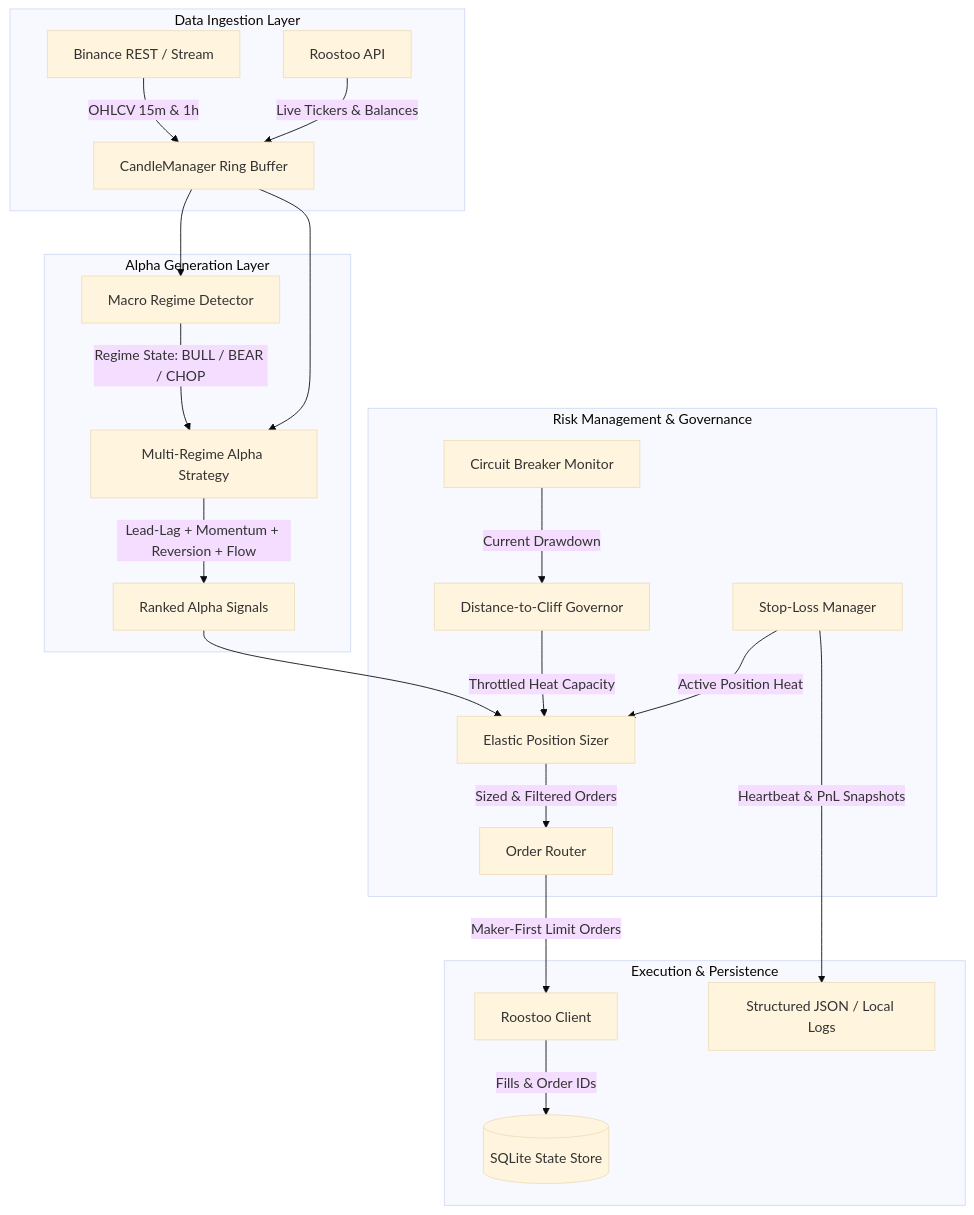
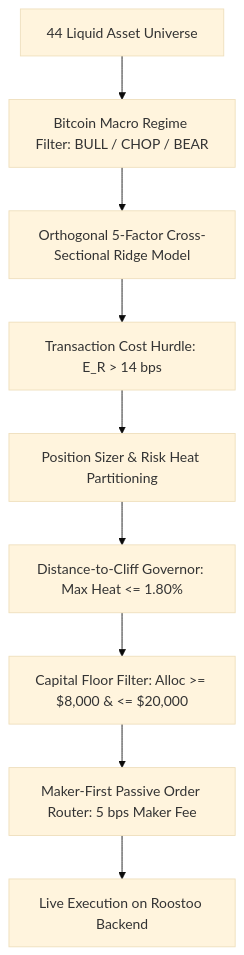
One commit to Aarav4338/AlphaChain changed the first of 2 diagrams in README.md. Above: the diagram before and after it, drawn with Mermaid (base theme). The commit also changed other lines of this file and 12 other files, not shown here.

First line of the commit message:
feat(portfolio): implement conviction-weighted position sizing and autonomous capital consolidation

````diff
--- a/README.md
+++ b/README.md
@@ -32,28 +40,11 @@
 ```mermaid
 flowchart TD
-    subgraph DataLayer [Data Ingestion Layer]
-        A1[Binance REST / Stream] -->|OHLCV 15m & 1h| CM[CandleManager Ring Buffer]
-        A2[Roostoo API] -->|Live Tickers & Balances| CM
-    end
-
-    subgraph StrategyLayer [Alpha Generation Layer]
-        CM --> RD[Macro Regime Detector]
-        RD -->|Regime State: BULL / BEAR / CHOP| SMR[Multi-Regime Alpha Strategy]
-        CM --> SMR
-        SMR -->|Lead-Lag + Momentum + Reversion + Flow| SIG[Ranked Alpha Signals]
-    end
-
-    subgraph RiskLayer [Risk Management & Governance]
-        SIG --> SIZER[Elastic Position Sizer]
-        CB[Circuit Breaker Monitor] -->|Current Drawdown| GOV[Distance-to-Cliff Governor]
-        GOV -->|Throttled Heat Capacity| SIZER
-        SLM[Stop-Loss Manager] -->|Active Position Heat| SIZER
-        SIZER -->|Sized & Filtered Orders| OR[Order Router]
-    end
-
-    subgraph ExecutionLayer [Execution & Persistence]
-        OR -->|Maker-First Limit Orders| RC[Roostoo Client]
-        RC -->|Fills & Order IDs| DB[(SQLite State Store)]
-        SLM -->|Heartbeat & PnL Snapshots| LOG[Structured JSON / Local Logs]
-    end
+    U[44 Liquid Asset Universe] --> RD[Bitcoin Macro Regime Filter: BULL / CHOP / BEAR]
+    RD --> LFM[Orthogonal 5-Factor Cross-Sectional Ridge Model]
+    LFM --> CH[Transaction Cost Hurdle: E_R > 14 bps]
+    CH --> PS[Position Sizer & Risk Heat Partitioning]
+    PS --> GOV[Distance-to-Cliff Governor: Max Heat <= 1.80%]
+    GOV --> CF[Capital Floor Filter: Alloc >= $8,000 & <= $20,000]
+    CF --> OR[Maker-First Passive Order Router: 5 bps Maker Fee]
+    OR --> EXEC[Live Execution on Roostoo Backend]
 ```
````
